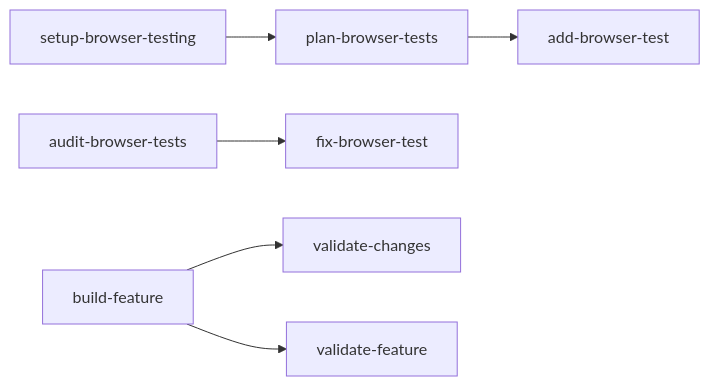
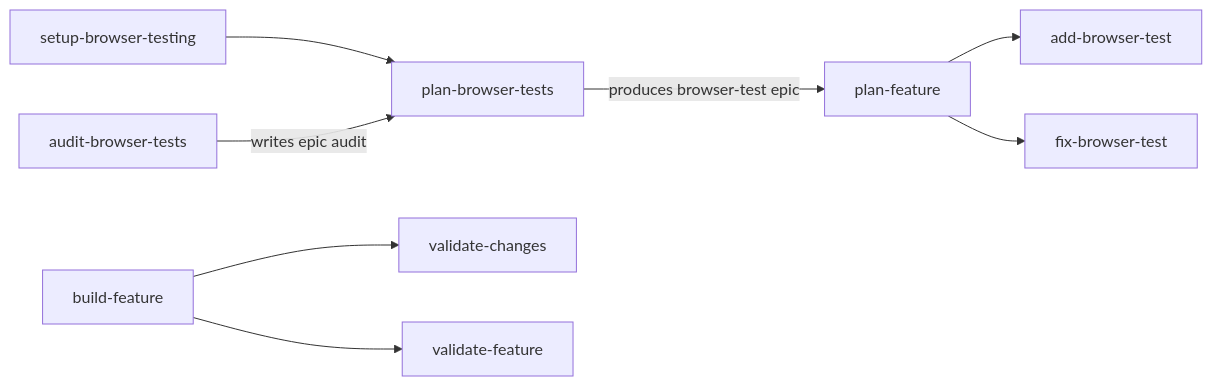
One commit to pnewsam/skills changed the ninth of 9 diagrams in README.md. Above: the diagram before and after it, drawn with Mermaid. The commit also changed other lines of this file and 27 other files, not shown here.

````diff
--- a/README.md
+++ b/README.md
@@ -338,8 +318,10 @@
 ```mermaid
 flowchart LR
     SBT[setup-browser-testing] --> PBT[plan-browser-tests]
-    PBT --> ABT[add-browser-test]
-    ABT2[audit-browser-tests] --> FBT[fix-browser-test]
+    PBT -->|produces browser-test epic| PF2[plan-feature]
+    ABT2[audit-browser-tests] -->|writes epic audit| PBT
+    PF2 --> ABT[add-browser-test]
+    PF2 --> FBT[fix-browser-test]
     BF2[build-feature] --> VC[validate-changes]
     BF2 --> VF2[validate-feature]
 ```
````
